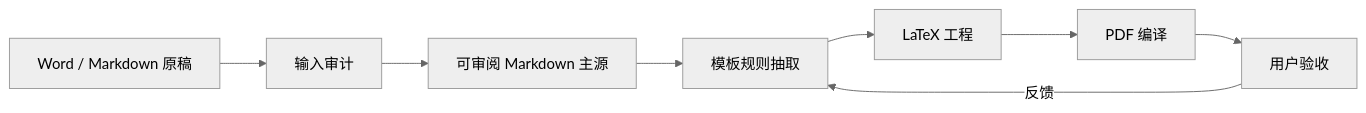
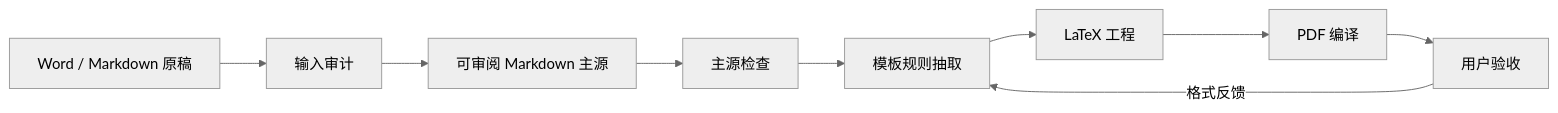
Before and after one commit to TeoZ123/manuscript-to-latex-pdf-skill: the diagram in README.zh-CN.md, drawn with Mermaid (neutral theme). The commit also changed other lines of this file and 3 other files, not shown here.

````diff
--- a/README.zh-CN.md
+++ b/README.zh-CN.md
@@ -18,10 +28,11 @@
 ```mermaid
 flowchart LR
     A["Word / Markdown 原稿"] --> B["输入审计"]
     B --> C["可审阅 Markdown 主源"]
-    C --> D["模板规则抽取"]
-    D --> E["LaTeX 工程"]
-    E --> F["PDF 编译"]
-    F --> G["用户验收"]
-    G -->|"反馈"| D
+    C --> D["主源检查"]
+    D --> E["模板规则抽取"]
+    E --> F["LaTeX 工程"]
+    F --> G["PDF 编译"]
+    G --> H["用户验收"]
+    H -->|"格式反馈"| E
 ```
````
